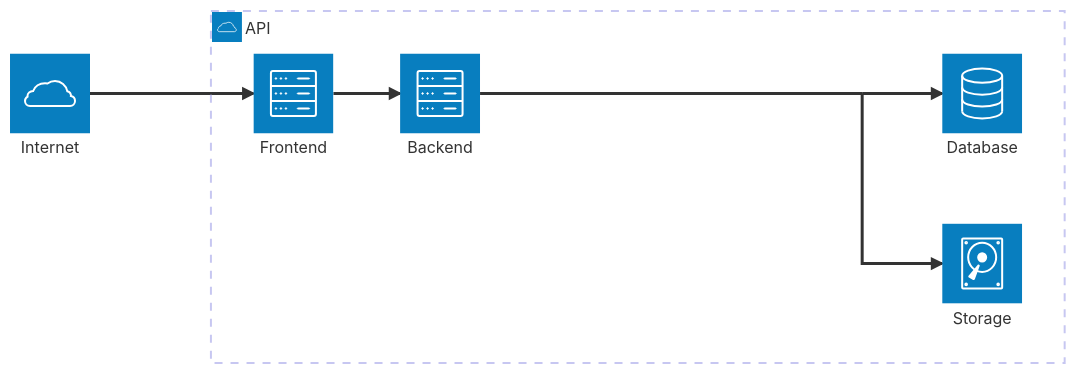
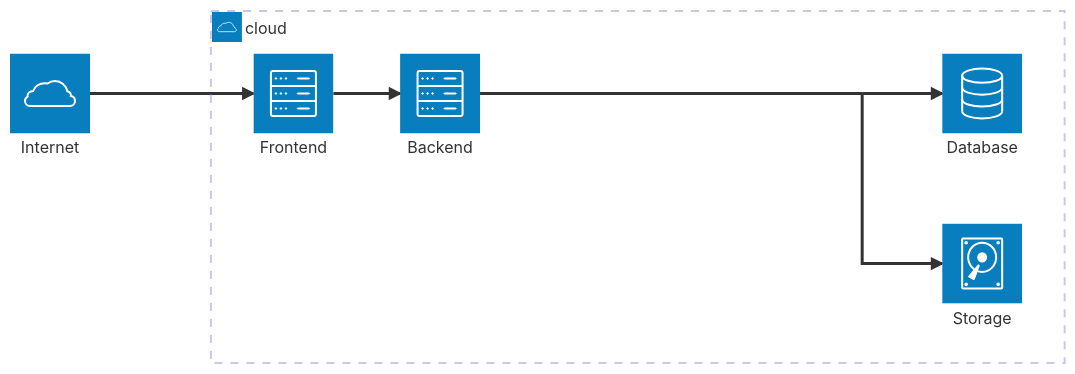
Before and after one commit to gtaiyou24/saas-dashboard-boilerplate: the diagram in doc/SYSTEM_ARCHITECTURE.md, drawn with Mermaid.

Commit message:
doc: doc/SYSTEM_ARCHITECTURE.md

````diff
--- a/doc/SYSTEM_ARCHITECTURE.md
+++ b/doc/SYSTEM_ARCHITECTURE.md
@@ -4,18 +4,18 @@
 ```mermaid
 architecture-beta
-    group api(cloud)[API]
+    group api(cloud)[cloud]
 
     service internet(cloud)[Internet]
     service frontend(server)[Frontend] in api
     service backend(server)[Backend] in api
     service db(database)[Database] in api
     service storage(disk)[Storage] in api
     
     junction fromBackend
 
     internet:R --> L:frontend
     frontend:R --> L:backend
     backend:R -- L:fromBackend
     fromBackend:R --> L:db
     fromBackend:B --> L:storage
 ```
````
